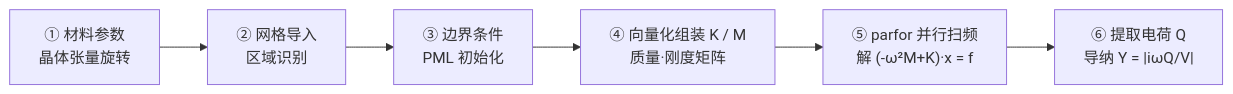
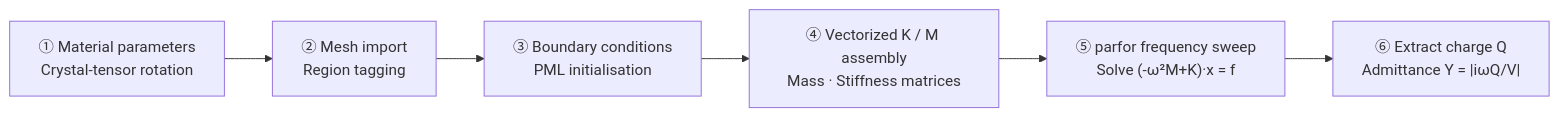
The diagram in README.md (Duane245/SAW-FEM-MATLAB), drawn with Mermaid before and after one commit. The commit also changed other lines of this file and 36 other files, not shown here.

````diff
--- a/README.md
+++ b/README.md
@@ -96,8 +102,8 @@
 ```mermaid
 flowchart LR
-    A["① 材料参数<br/>晶体张量旋转"] --> B["② 网格导入<br/>区域识别"]
-    B --> C["③ 边界条件<br/>PML 初始化"]
-    C --> D["④ 向量化组装 K / M<br/>质量·刚度矩阵"]
-    D --> E["⑤ parfor 并行扫频<br/>解 (-ω²M+K)·x = f"]
-    E --> F["⑥ 提取电荷 Q<br/>导纳 Y = |iωQ/V|"]
+    A["① Material parameters<br/>Crystal-tensor rotation"] --> B["② Mesh import<br/>Region tagging"]
+    B --> C["③ Boundary conditions<br/>PML initialisation"]
+    C --> D["④ Vectorized K / M assembly<br/>Mass · Stiffness matrices"]
+    D --> E["⑤ parfor frequency sweep<br/>Solve (-ω²M+K)·x = f"]
+    E --> F["⑥ Extract charge Q<br/>Admittance Y = |iωQ/V|"]
 ```
````
